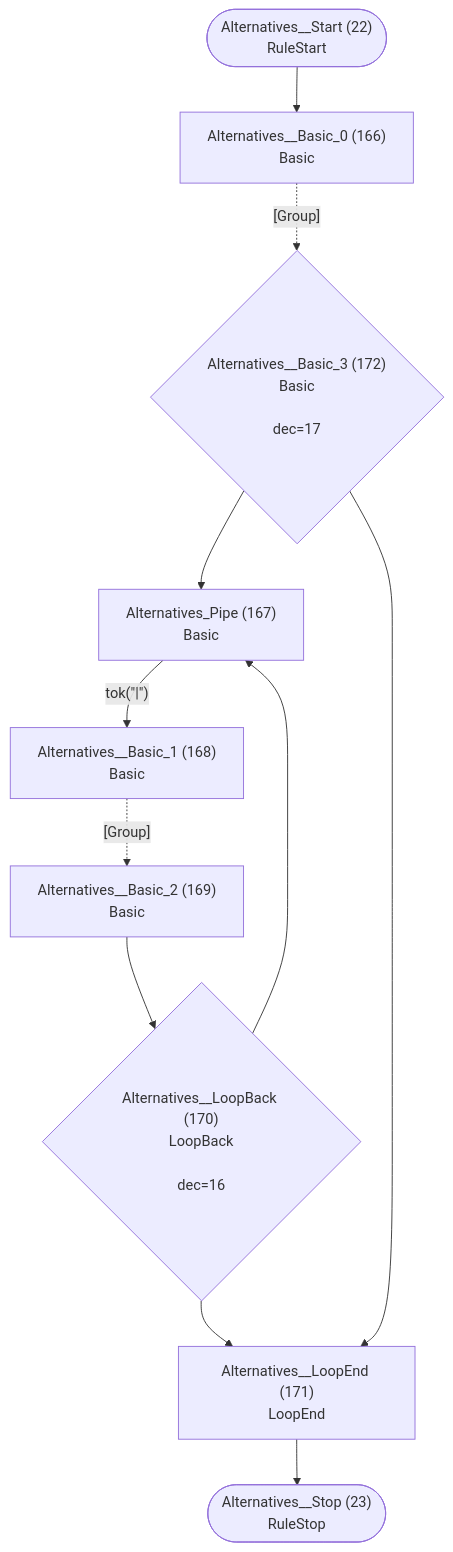
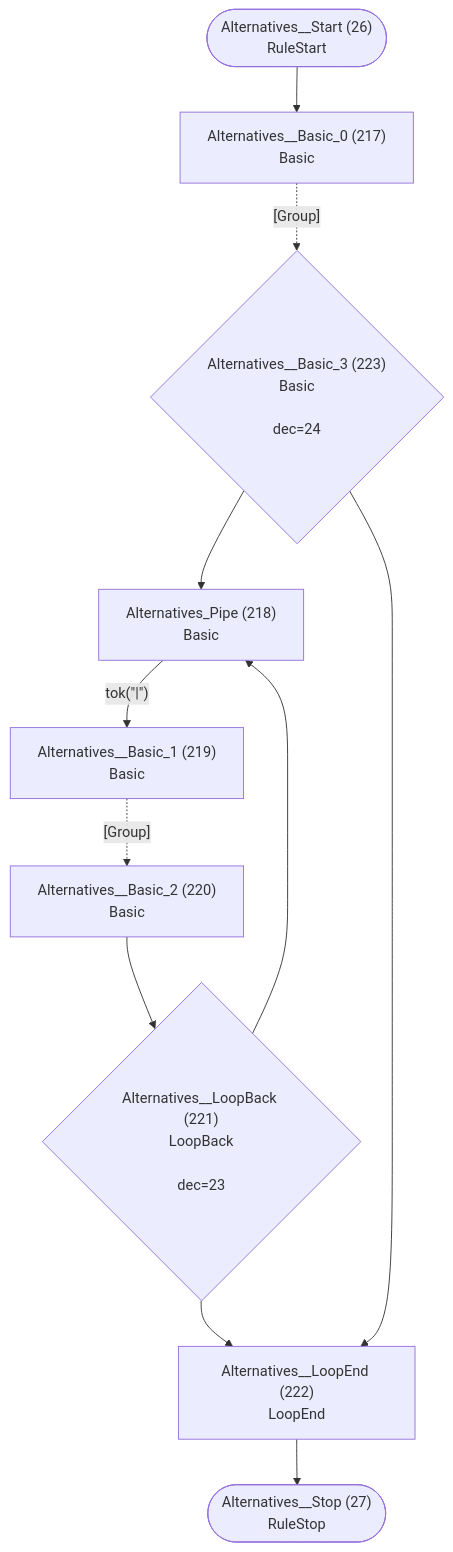
Diagram 14 of 28 in internal/grammar/atn.md (TypeFox/fastbelt), drawn with Mermaid before and after one commit. The commit also changed other lines of this file and 8 other files, not shown here.

````diff
--- a/internal/grammar/atn.md
+++ b/internal/grammar/atn.md
@@ -366,23 +490,23 @@
 ```mermaid
 flowchart TD
-    q22(["Alternatives__Start (22)<br/>RuleStart"])
-    q23(["Alternatives__Stop (23)<br/>RuleStop"])
-    q166["Alternatives__Basic_0 (166)<br/>Basic<br/>"]
-    q167["Alternatives_Pipe (167)<br/>Basic<br/>"]
-    q168["Alternatives__Basic_1 (168)<br/>Basic<br/>"]
-    q169["Alternatives__Basic_2 (169)<br/>Basic<br/>"]
-    q170{"Alternatives__LoopBack (170)<br/>LoopBack<br/><br/>dec=16"}
-    q171["Alternatives__LoopEnd (171)<br/>LoopEnd<br/>"]
-    q172{"Alternatives__Basic_3 (172)<br/>Basic<br/><br/>dec=17"}
+    q26(["Alternatives__Start (26)<br/>RuleStart"])
+    q27(["Alternatives__Stop (27)<br/>RuleStop"])
+    q217["Alternatives__Basic_0 (217)<br/>Basic<br/>"]
+    q218["Alternatives_Pipe (218)<br/>Basic<br/>"]
+    q219["Alternatives__Basic_1 (219)<br/>Basic<br/>"]
+    q220["Alternatives__Basic_2 (220)<br/>Basic<br/>"]
+    q221{"Alternatives__LoopBack (221)<br/>LoopBack<br/><br/>dec=23"}
+    q222["Alternatives__LoopEnd (222)<br/>LoopEnd<br/>"]
+    q223{"Alternatives__Basic_3 (223)<br/>Basic<br/><br/>dec=24"}
 
-    q22 --> q166
-    q166 -.->|"[Group]"| q172
-    q167 -->|"tok(&quot;|&quot;)"| q168
-    q168 -.->|"[Group]"| q169
-    q169 --> q170
-    q170 --> q167
-    q170 --> q171
-    q171 --> q23
-    q172 --> q167
-    q172 --> q171
+    q26 --> q217
+    q217 -.->|"[Group]"| q223
+    q218 -->|"tok(&quot;|&quot;)"| q219
+    q219 -.->|"[Group]"| q220
+    q220 --> q221
+    q221 --> q218
+    q221 --> q222
+    q222 --> q27
+    q223 --> q218
+    q223 --> q222
 ```
````
